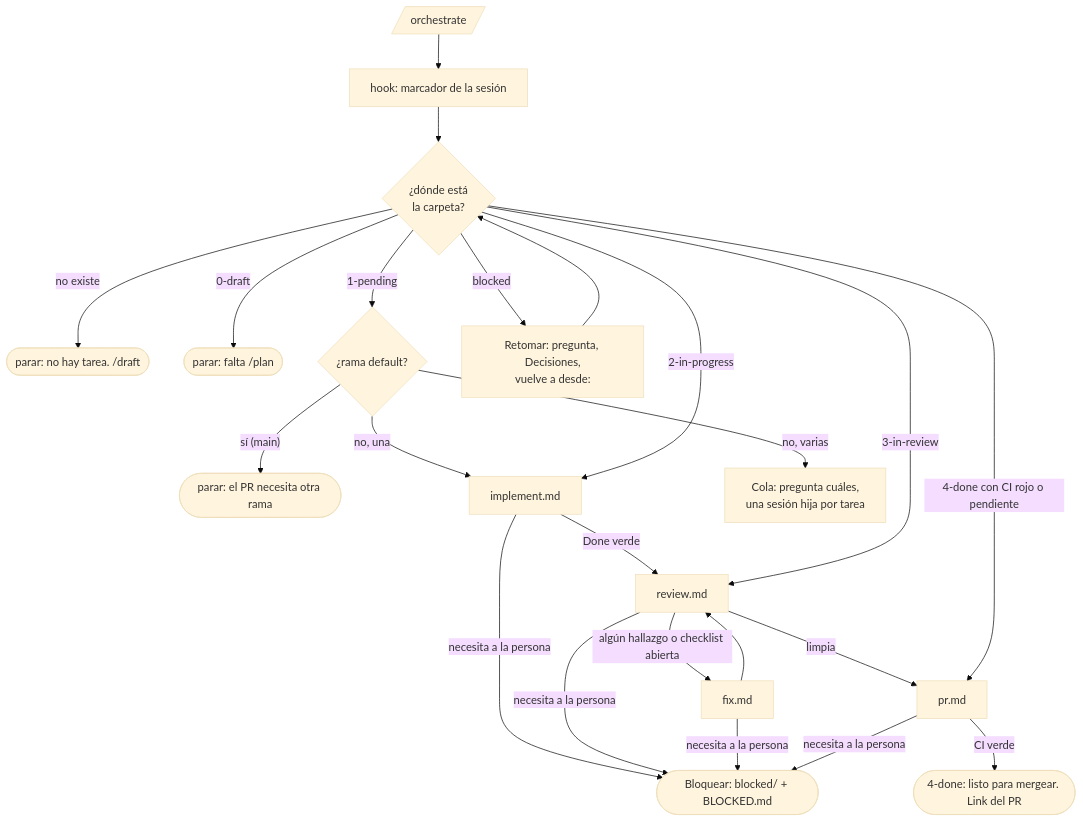
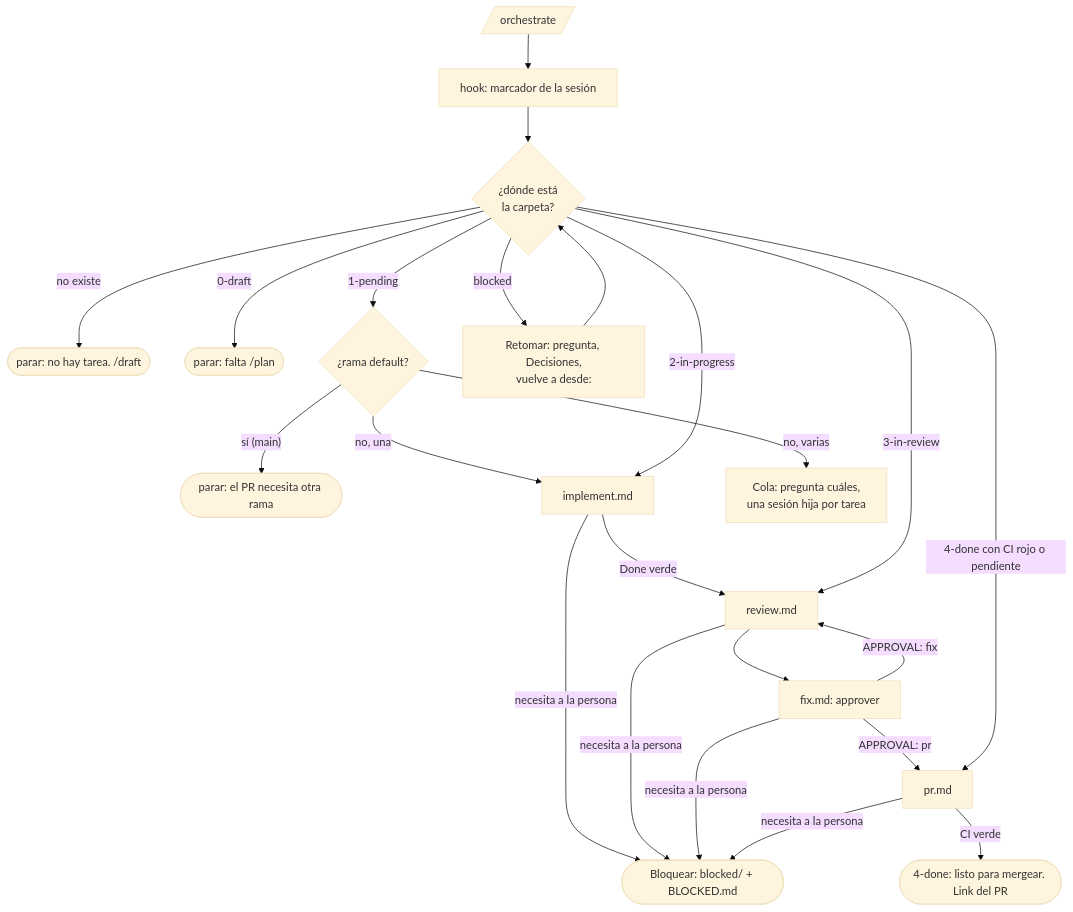
Before and after one commit to octavio-parozlabs/mindstack: the second of 3 diagrams in skills/workflow/references/orchestrate.md, drawn with Mermaid (base theme). The commit also changed other lines of this file and 36 other files, not shown here.

````diff
--- a/skills/workflow/references/orchestrate.md
+++ b/skills/workflow/references/orchestrate.md
@@ -29,19 +29,20 @@
 ```mermaid
 flowchart TD
     IN[/orchestrate/] --> MK["hook: marcador de la sesión"] --> ST{¿dónde está\nla carpeta?}
     ST -- no existe --> FIN0(["parar: no hay tarea. /draft"])
     ST -- 0-draft --> FIN1(["parar: falta /plan"])
     ST -- 1-pending --> WT{¿rama default?}
     WT -- "sí (main)" --> FIN2(["parar: el PR necesita otra rama"])
     WT -- "no, una" --> IM[implement.md]
     WT -- "no, varias" --> CQ["Cola: pregunta cuáles,\nuna sesión hija por tarea"]
     ST -- 2-in-progress --> IM
     ST -- blocked --> UB["Retomar: pregunta, Decisiones,\nvuelve a desde:"] --> ST
     IM -- Done verde --> RV[review.md]
     ST -- 3-in-review --> RV
-    RV -- "algún hallazgo o checklist abierta" --> CO[fix.md] --> RV
-    RV -- limpia --> PRC[pr.md]
+    RV --> CO[fix.md: approver]
+    CO -- "APPROVAL: fix" --> RV
+    CO -- "APPROVAL: pr" --> PRC[pr.md]
     ST -- "4-done con CI rojo o pendiente" --> PRC
     PRC -- CI verde --> DONE(["4-done: listo para mergear. Link del PR"])
     IM & RV & CO & PRC -- "necesita a la persona" --> BL(["Bloquear: blocked/ + BLOCKED.md"])
 ```
````
